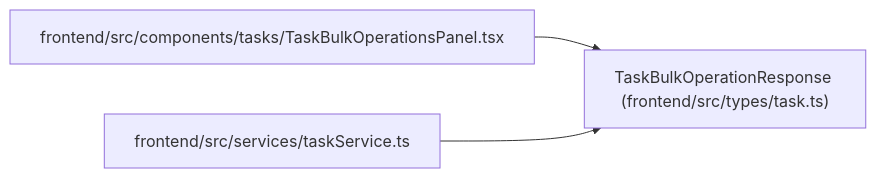
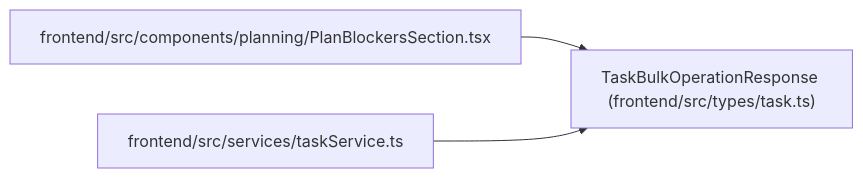
Before and after one commit to Denissvgn/WorkChord: the diagram in docs/llm_wiki/entities/types_task_TaskBulkOperationResponse.md, drawn with Mermaid. The commit also changed other lines of this file and 2373 other files, not shown here.

````diff
--- a/docs/llm_wiki/entities/types_task_TaskBulkOperationResponse.md
+++ b/docs/llm_wiki/entities/types_task_TaskBulkOperationResponse.md
@@ -31,11 +31,11 @@
 ```mermaid
 flowchart LR
     n0["TaskBulkOperationResponse (frontend/src/types/task.ts)"]
-    n1["frontend/src/components/tasks/TaskBulkOperationsPanel.tsx"]
+    n1["frontend/src/components/planning/PlanBlockersSection.tsx"]
     n2["frontend/src/services/taskService.ts"]
     n1 --> n0
     n2 --> n0
     click n0 "../modules/types_task.md"
-    click n1 "../modules/TaskBulkOperationsPanel.md"
+    click n1 "../modules/PlanBlockersSection.md"
     click n2 "../modules/taskService.md"
 ```
````
